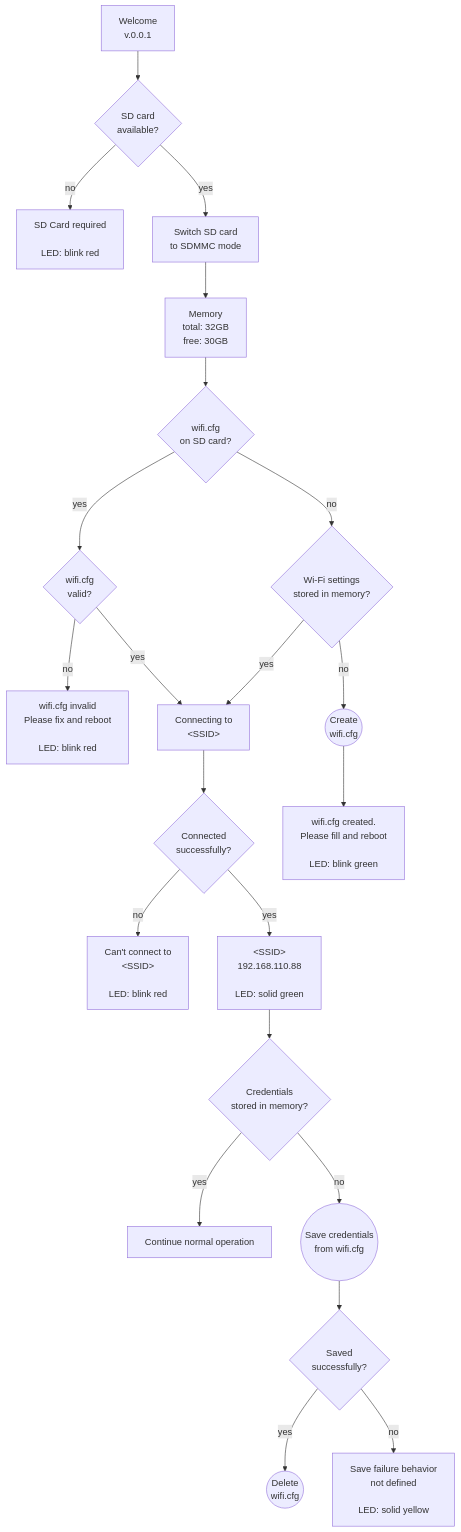
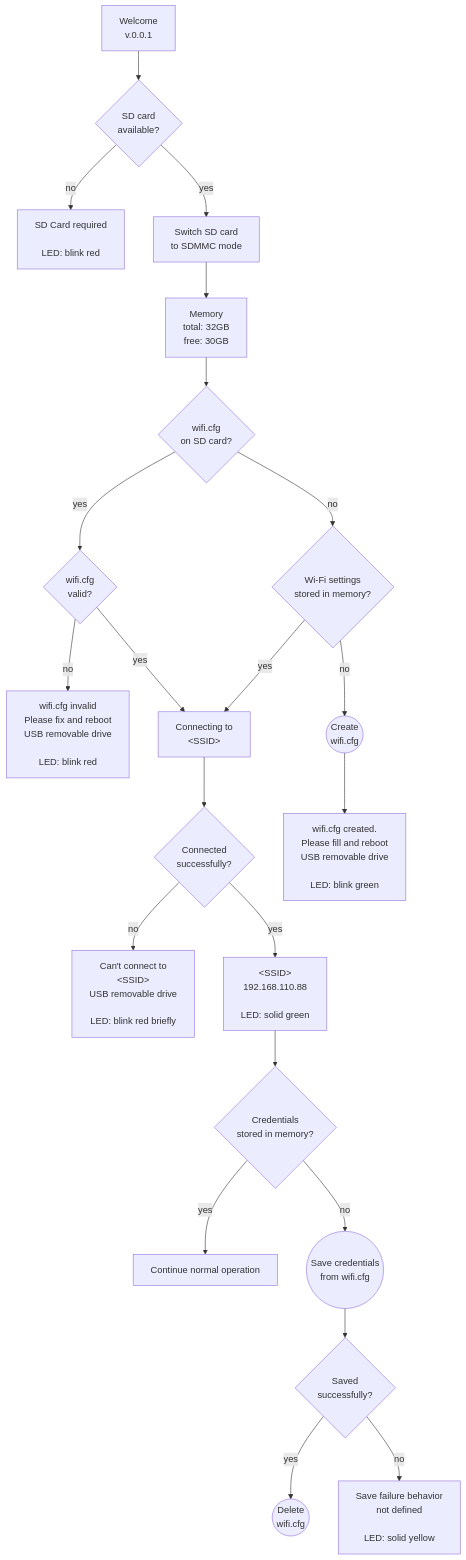
The diagram in docs/startup_wifi_flow.md (Akiyamka/remote-usb), drawn with Mermaid before and after one commit. The commit also changed other lines of this file and 3 other files, not shown here.

````diff
--- a/docs/startup_wifi_flow.md
+++ b/docs/startup_wifi_flow.md
@@ -164,30 +167,30 @@
 ```mermaid
 flowchart TD
     A["Welcome<br/>v.0.0.1"] --> B{"SD card<br/>available?"}
 
     B -- "no" --> C["SD Card required<br/><br/>LED: blink red"]
     B -- "yes" --> D["Switch SD card<br/>to SDMMC mode"]
     D --> E["Memory<br/>total: 32GB<br/>free: 30GB"]
 
     E --> F{"wifi.cfg<br/>on SD card?"}
 
     F -- "yes" --> G{"wifi.cfg<br/>valid?"}
-    G -- "no" --> H["wifi.cfg invalid<br/>Please fix and reboot<br/><br/>LED: blink red"]
+    G -- "no" --> H["wifi.cfg invalid<br/>Please fix and reboot<br/>USB removable drive<br/><br/>LED: blink red"]
     G -- "yes" --> L["Connecting to<br/>&lt;SSID&gt;"]
 
     F -- "no" --> I{"Wi-Fi settings<br/>stored in memory?"}
     I -- "yes" --> L
     I -- "no" --> J(("Create<br/>wifi.cfg"))
-    J --> K["wifi.cfg created.<br/>Please fill and reboot<br/><br/>LED: blink green"]
+    J --> K["wifi.cfg created.<br/>Please fill and reboot<br/>USB removable drive<br/><br/>LED: blink green"]
 
     L --> M{"Connected<br/>successfully?"}
-    M -- "no" --> N["Can't connect to<br/>&lt;SSID&gt;<br/><br/>LED: blink red"]
+    M -- "no" --> N["Can't connect to<br/>&lt;SSID&gt;<br/>USB removable drive<br/><br/>LED: blink red briefly"]
     M -- "yes" --> O["&lt;SSID&gt;<br/>192.168.110.88<br/><br/>LED: solid green"]
 
     O --> P{"Credentials<br/>stored in memory?"}
     P -- "yes" --> Q["Continue normal operation"]
     P -- "no" --> R(("Save credentials<br/>from wifi.cfg"))
     R --> S{"Saved<br/>successfully?"}
     S -- "yes" --> T(("Delete<br/>wifi.cfg"))
     S -- "no" --> U["Save failure behavior<br/>not defined<br/><br/>LED: solid yellow"]
 ```
````
